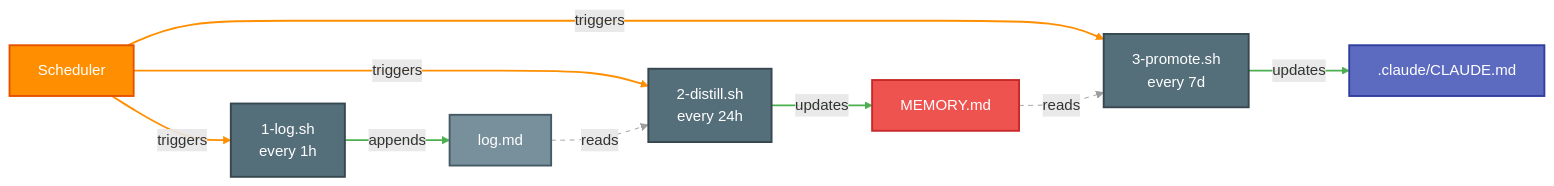
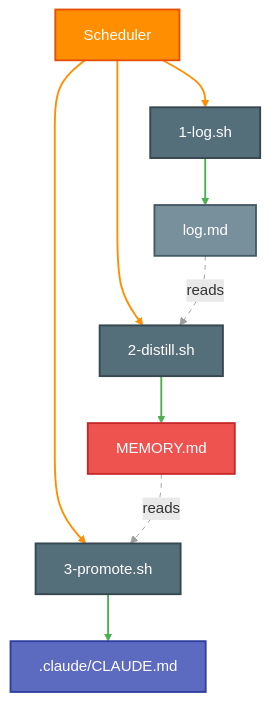
Before and after one commit to jameswniu/claude-os: the third of 3 diagrams in README.md, drawn with Mermaid. The commit also changed other lines of this file, not shown here.

Commit message:
Downsize Phase 2/3 diagrams: TD with shorter labels
Keep TD layout, trim edge labels and remove multiline nodes
for a slightly smaller footprint than before.

````diff
--- a/README.md
+++ b/README.md
@@ -55,27 +55,27 @@
 ```mermaid
-flowchart LR
+flowchart TD
     C["Scheduler"]
 
-    C -- triggers --> L1["1-log.sh\nevery 1h"]
-    C -- triggers --> L2["2-distill.sh\nevery 24h"]
-    C -- triggers --> L3["3-promote.sh\nevery 7d"]
+    C --> L1["1-log.sh"]
+    C --> L2["2-distill.sh"]
+    C --> L3["3-promote.sh"]
 
-    L1 -- appends --> LOG["log.md"]
-    L2 -- updates --> MEM["MEMORY.md"]
-    L3 -- updates --> RUL[".claude/CLAUDE.md"]
+    L1 --> LOG["log.md"]
+    L2 --> MEM["MEMORY.md"]
+    L3 --> RUL[".claude/CLAUDE.md"]
 
     LOG -. reads .-> L2
     MEM -. reads .-> L3
 
     style C fill:#FF8F00,color:#fff,stroke:#E65100,stroke-width:2px
     style L1 fill:#546E7A,color:#fff,stroke:#37474F,stroke-width:2px
     style L2 fill:#546E7A,color:#fff,stroke:#37474F,stroke-width:2px
     style L3 fill:#546E7A,color:#fff,stroke:#37474F,stroke-width:2px
     style LOG fill:#78909C,color:#fff,stroke:#455A64,stroke-width:2px
     style MEM fill:#EF5350,color:#fff,stroke:#C62828,stroke-width:2px
     style RUL fill:#5C6BC0,color:#fff,stroke:#303F9F,stroke-width:2px
 
     linkStyle 0,1,2 stroke:#FF8F00,stroke-width:2px
     linkStyle 3,4,5 stroke:#4CAF50,stroke-width:2px
     linkStyle 6,7 stroke:#9E9E9E,stroke-width:1px,stroke-dasharray:5
 ```
````
